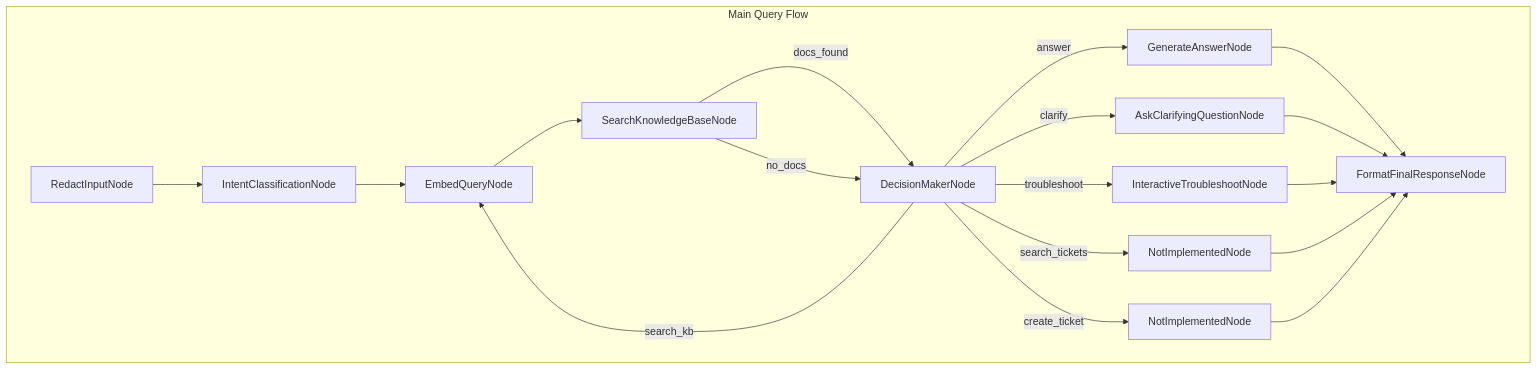
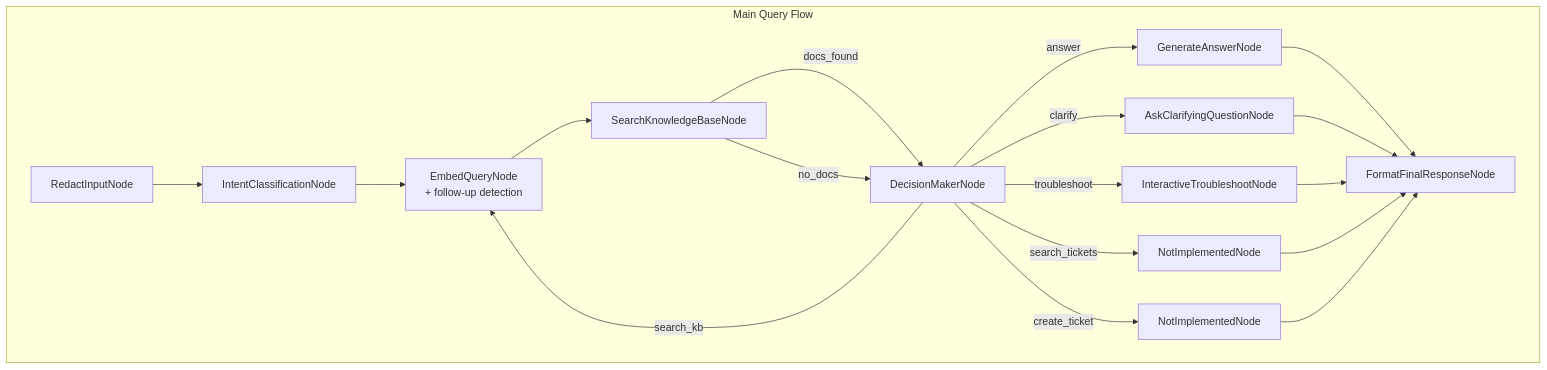
The first of 3 diagrams in docs/design.md (mitmarcus/agentic_it), drawn with Mermaid before and after one commit. The commit also changed other lines of this file and 10 other files, not shown here.

````diff
--- a/docs/design.md
+++ b/docs/design.md
@@ -89,23 +100,23 @@
 ```mermaid
 flowchart TD
     subgraph QueryFlow["Main Query Flow"]
         A[RedactInputNode] --> B[IntentClassificationNode]
-        B --> C[EmbedQueryNode]
+        B --> C[EmbedQueryNode<br/>+ follow-up detection]
         C --> D[SearchKnowledgeBaseNode]
         D -->|docs_found| E[DecisionMakerNode]
         D -->|no_docs| E
 
         E -->|answer| F[GenerateAnswerNode]
         E -->|clarify| G[AskClarifyingQuestionNode]
         E -->|search_kb| C
         E -->|troubleshoot| H[InteractiveTroubleshootNode]
         E -->|search_tickets| I[NotImplementedNode]
         E -->|create_ticket| J[NotImplementedNode]
 
         F --> K[FormatFinalResponseNode]
         G --> K
         H --> K
         I --> K
         J --> K
     end
 ```
````
